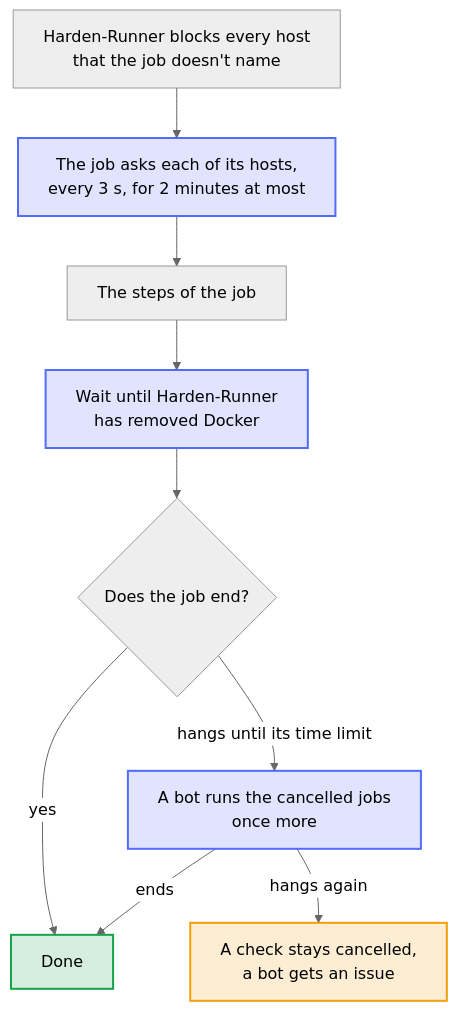
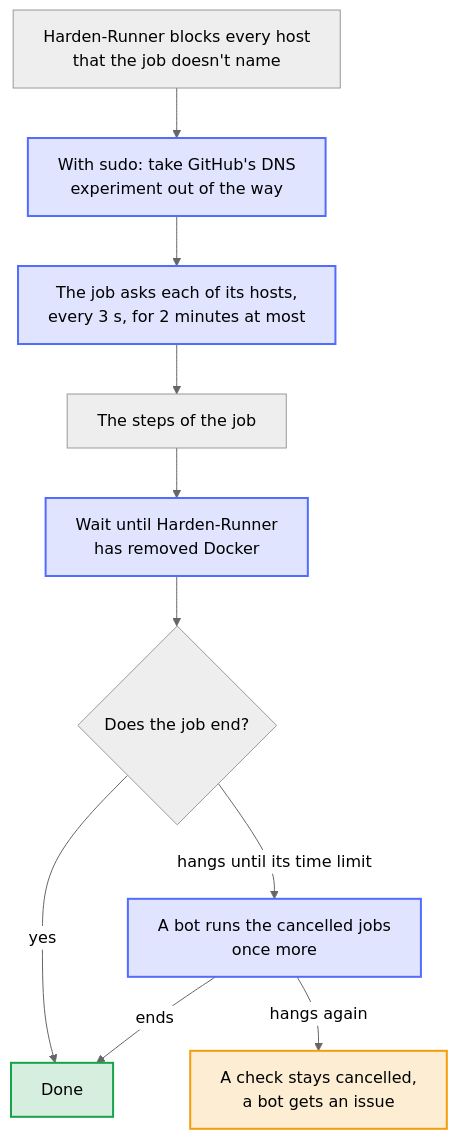
The diagram in docs/diagrams/a-job-behind-harden-runner.mmd (Dennis-Otto/repo-blueprint), drawn with Mermaid (neutral theme) before and after one commit. The commit also changed 70 other files, not shown here.

First line of the commit message:
fix: Harden-Runner v2.22.4 everywhere, and the screenshot bot lets it see the DNS lookups (#691)

```diff
--- a/docs/diagrams/a-job-behind-harden-runner.mmd
+++ b/docs/diagrams/a-job-behind-harden-runner.mmd
@@ -1,33 +1,35 @@
 ---
 config:
   flowchart:
     wrappingWidth: 400
 ---
 flowchart TB
     accTitle: A job behind Harden-Runner
-    accDescr: Harden-Runner blocks every host that the job doesn't name. The job then asks each of its hosts every 3 seconds, for two minutes at most, until Harden-Runner lets it through, and runs its steps. Without sudo and Docker, it waits until Harden-Runner has removed Docker. A job that ends is done. One that hangs until its time limit ends as cancelled, and a bot runs its cancelled jobs once more; when that hangs too, a required check stays cancelled for you, and a bot gets an issue.
+    accDescr: Harden-Runner blocks every host that the job doesn't name. A job that keeps sudo first takes GitHub's DNS experiment out of the way, so that Harden-Runner sees its lookups. The job then asks each of its hosts every 3 seconds, for two minutes at most, until Harden-Runner lets it through, and runs its steps. Without sudo and Docker, it waits until Harden-Runner has removed Docker. A job that ends is done. One that hangs until its time limit ends as cancelled, and a bot runs its cancelled jobs once more; when that hangs too, a required check stays cancelled for you, and a bot gets an issue.
 
     block["Harden-Runner blocks every host<br>that the job doesn't name"]
+    dns["With sudo: take GitHub's DNS<br>experiment out of the way"]
     warm["The job asks each of its hosts,<br>every 3 s, for 2 minutes at most"]
     steps["The steps of the job"]
     docker["Wait until Harden-Runner<br>has removed Docker"]
     ends{"Does the job end?"}
     done["Done"]
     again["A bot runs the cancelled jobs<br>once more"]
     you["A check stays cancelled,<br>a bot gets an issue"]
 
-    block --> warm
+    block --> dns
+    dns --> warm
     warm --> steps
     steps --> docker
     docker --> ends
     ends -- "yes" --> done
     ends -- "hangs until its time limit" --> again
     again -- "ends" --> done
     again -- "hangs again" --> you
 
     classDef bot fill:#526cfe2e,stroke:#526cfe,stroke-width:2px
     classDef person fill:#f59e0b2e,stroke:#f59e0b,stroke-width:2px
     classDef done fill:#16a34a2e,stroke:#16a34a,stroke-width:2px
-    class warm,docker,again bot
+    class dns,warm,docker,again bot
     class you person
     class done done
```
